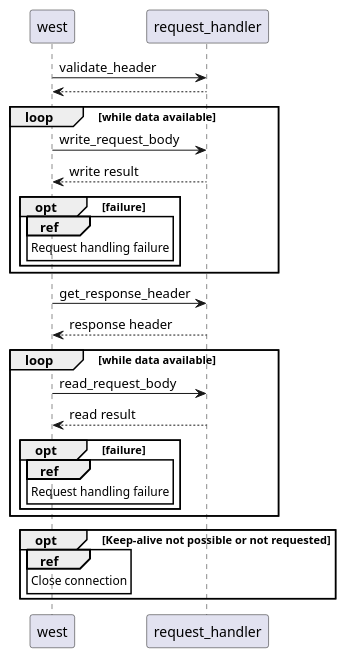
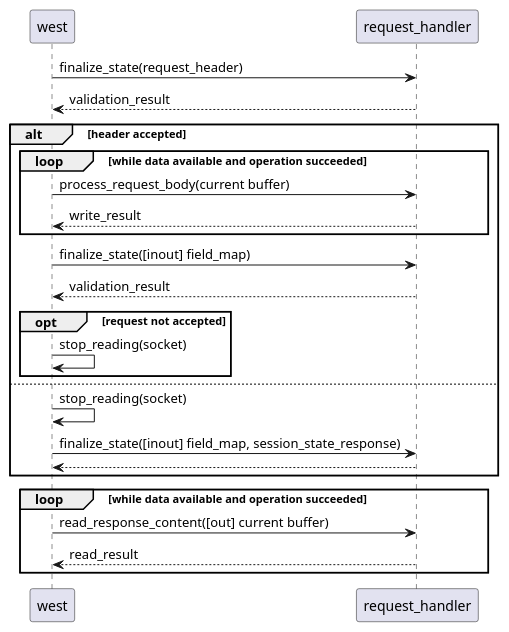
Before and after one commit to milasudril/west: the diagram in doc/request_handling.puml, drawn with PlantUML.

Commit message:
Update sequence diagram

```diff
--- a/doc/request_handling.puml
+++ b/doc/request_handling.puml
@@ -1,29 +1,23 @@
 @startuml
-west -> request_handler:validate_header
-return
-loop while data available
-	west -> request_handler:write_request_body
-	return write result
-	opt failure
-		ref over west
-			Request handling failure
-		end ref
+west -> request_handler:finalize_state(request_header)
+return validation_result
+alt header accepted
+	loop while data available and operation succeeded
+		west -> request_handler:process_request_body(current buffer)
+		return write_result
 	end
+	west -> request_handler:finalize_state([inout] field_map)
+	return validation_result
+	opt request not accepted
+		west -> west:stop_reading(socket)
+	end
+else
+	west -> west:stop_reading(socket)
+	west -> request_handler:finalize_state([inout] field_map, session_state_response)
+	return
 end
-west -> request_handler:get_response_header
-return response header
-loop while data available
-	west -> request_handler:read_request_body
-	return read result
-	opt failure
-		ref over west
-			Request handling failure
-		end ref
-	end
-end
-opt Keep-alive not possible or not requested
-	ref over west
-		Close connection
-	end ref
+loop while data available and operation succeeded
+	west -> request_handler:read_response_content([out] current buffer)
+	return read_result
 end
 @enduml
```
